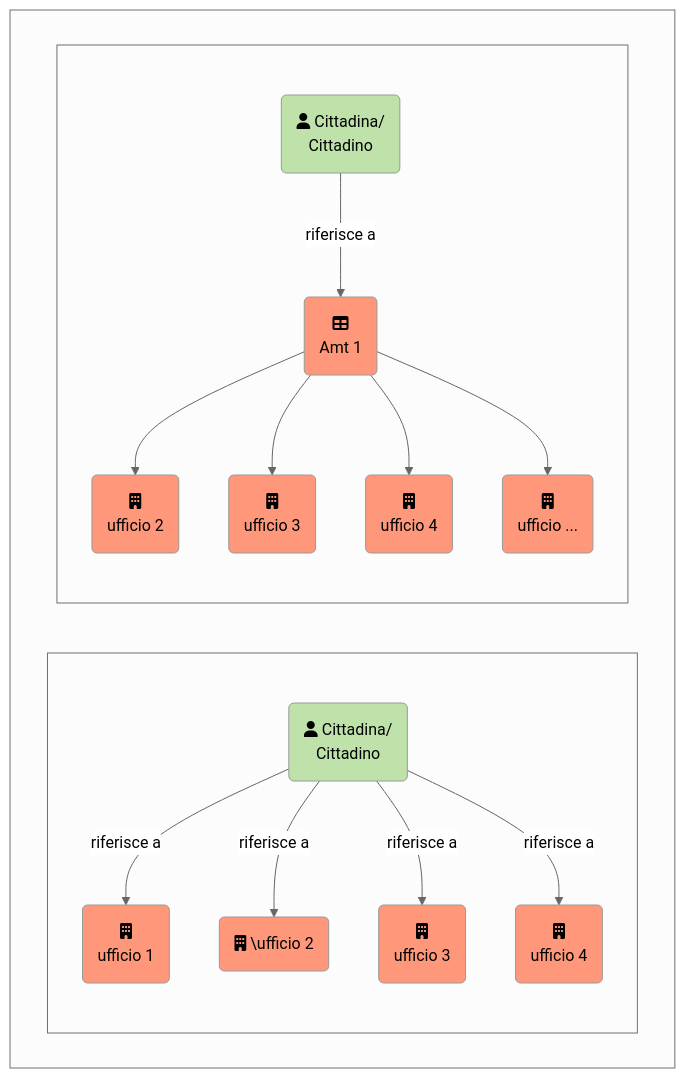
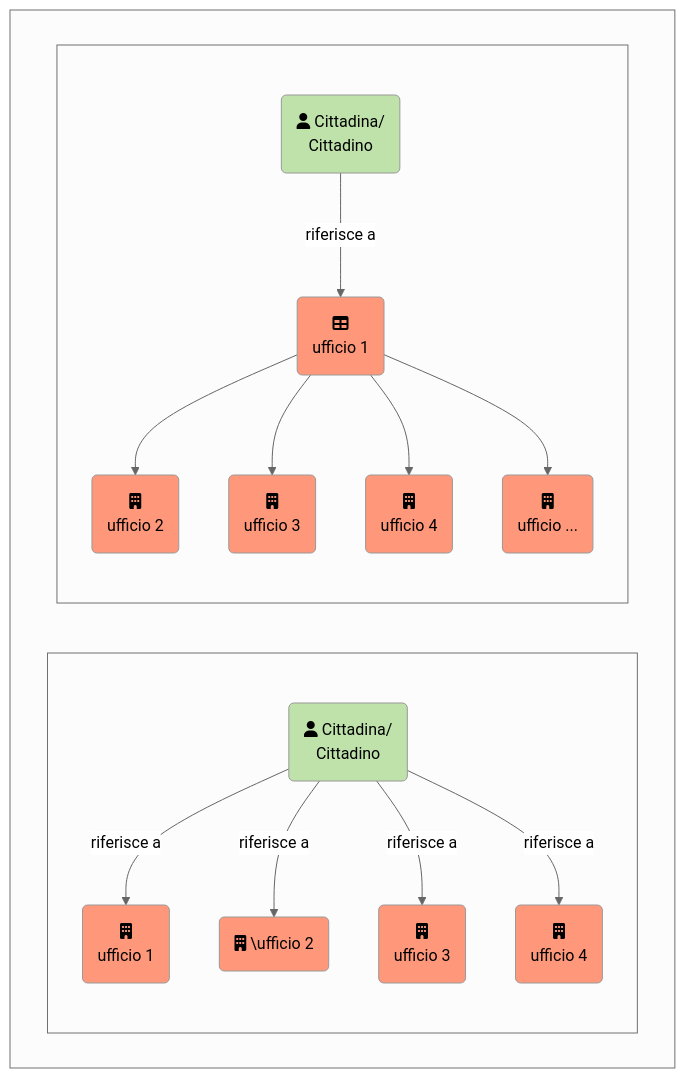
The diagram in content/it/_index.md (I14Y-ch/handbook), drawn with Mermaid (neutral theme) before and after one commit. The commit also changed other lines of this file and 6 other files, not shown here.

````diff
--- a/content/it/_index.md
+++ b/content/it/_index.md
@@ -26,34 +26,34 @@
 ```mermaid
 flowchart TD
     subgraph titel[" "]
         
     subgraph aktuell1[ ]
             B(fa:fa-user Cittadina/ \nCittadino)
             B-->|riferisce a|C(fa:fa-building \nufficio 1)
             B-->|riferisce a|D(fa:fa-building \ufficio 2)
             B-->|riferisce a|E(fa:fa-building \nufficio 3)
             B-->|riferisce a|F(fa:fa-building \nufficio 4)
         end
     
         subgraph ziel1[ ]
             BB(fa:fa-user Cittadina/ \nCittadino)
-            BB-->|riferisce a|CC(fa:fa-table \nAmt 1)
+            BB-->|riferisce a|CC(fa:fa-table \nufficio 1)
             CC-->DD(fa:fa-building \nufficio 2)
             CC-->EE(fa:fa-building \nufficio 3)
             CC-->FF(fa:fa-building \nufficio 4)
             CC-->GG(fa:fa-building \nufficio ...)
         end
     end
     
     style B fill: #Bfe2ab
     style BB fill: #Bfe2ab
     style C fill: #Ff987a
     style CC fill: #Ff987a
     style D fill: #Ff987a
     style DD fill: #Ff987a
     style E fill: #Ff987a
     style EE fill: #Ff987a
     style F fill: #Ff987a
     style FF fill: #Ff987a
     style GG fill: #Ff987a
 ```
````
